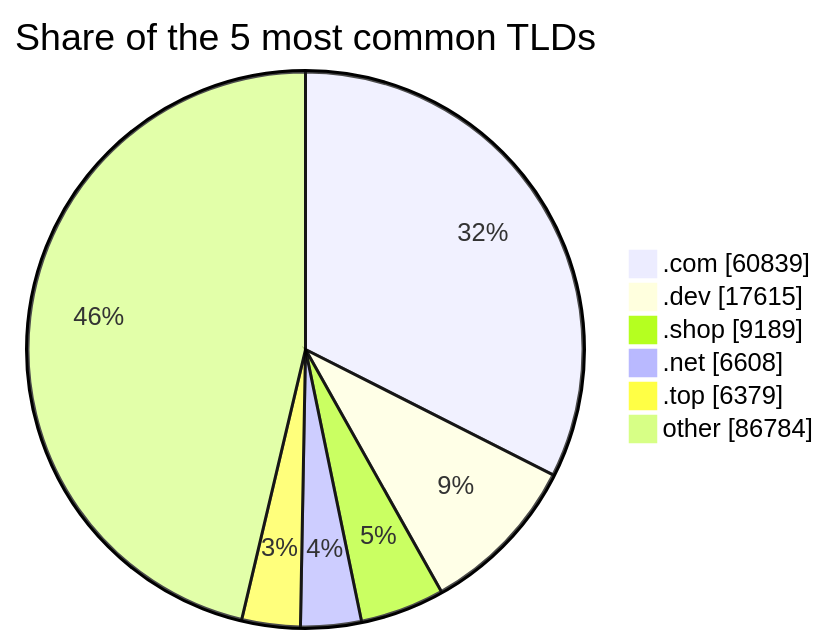
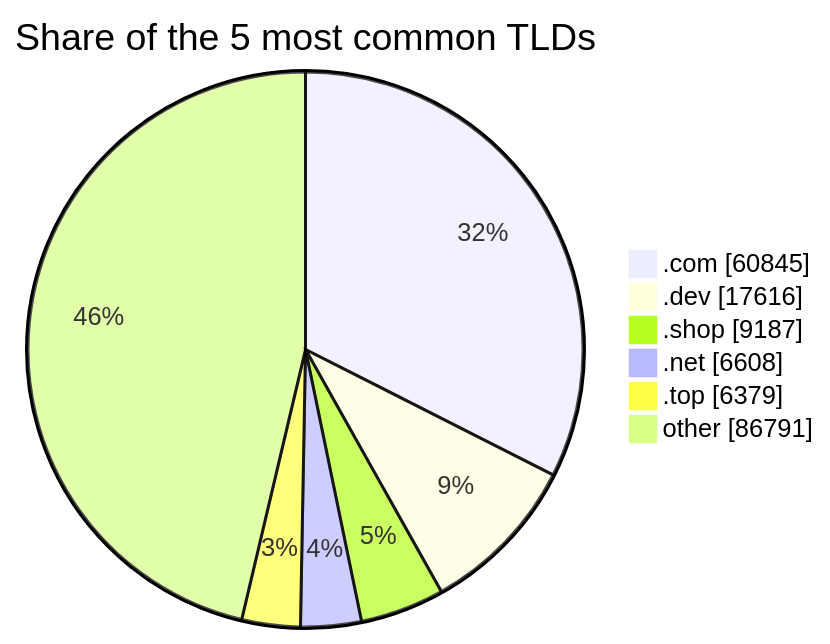
One commit to DNSBunker/CTI changed the third of 3 diagrams in README.md. Above: the diagram before and after it, drawn with Mermaid. The commit also changed other lines of this file and 3 other files, not shown here.

````diff
--- a/README.md
+++ b/README.md
@@ -81,9 +81,9 @@
 ```mermaid
 pie showData title Share of the 5 most common TLDs
-    ".com" : 60839
-    ".dev" : 17615
-    ".shop" : 9189
+    ".com" : 60845
+    ".dev" : 17616
+    ".shop" : 9187
     ".net" : 6608
     ".top" : 6379
-    "other" : 86784
+    "other" : 86791
 ```
````
